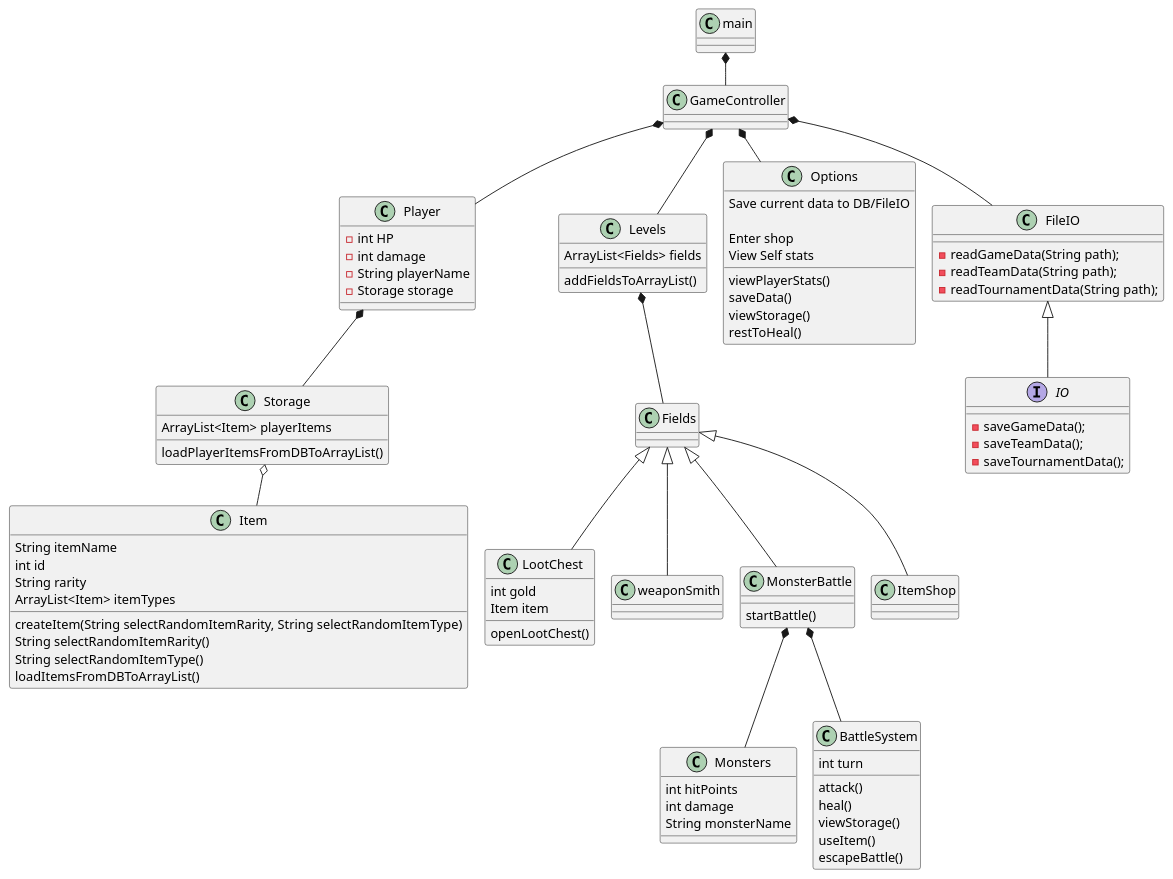
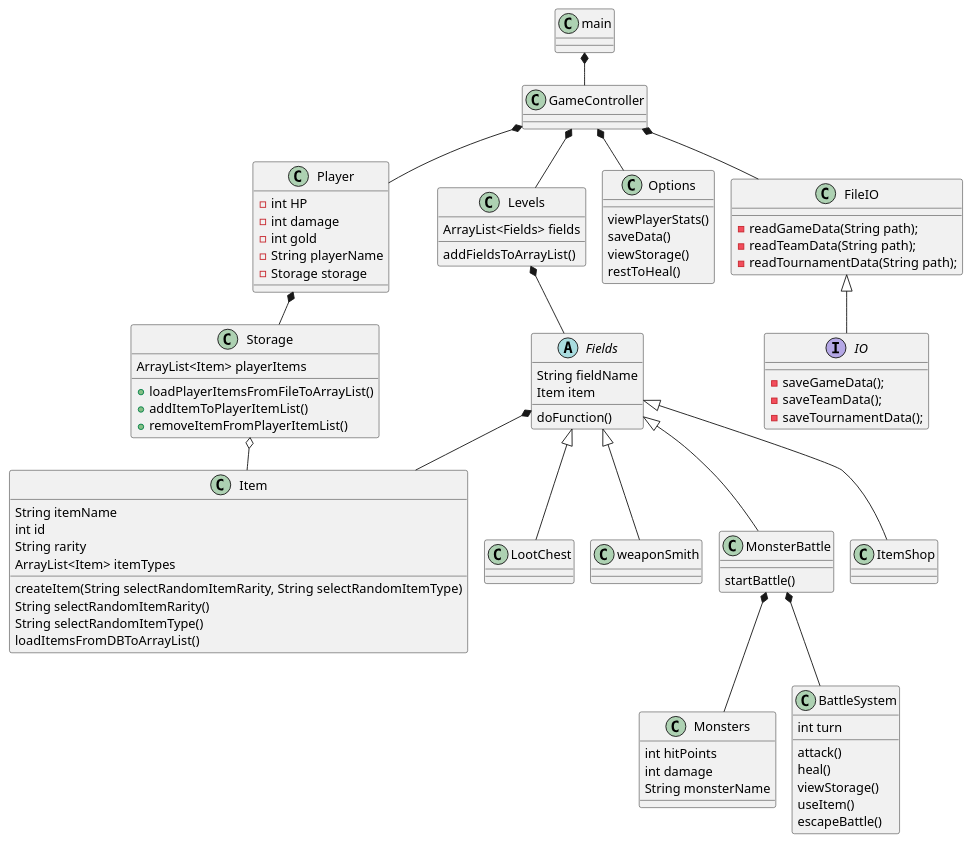
The diagram in src/resources/uml-diagrams/Class-Diagram.puml (AbdullahMarwan/CPH-IceProject-DungeonCrawler), drawn with PlantUML before and after one commit.

Commit message:
Class Diagram Additions

```diff
--- a/src/resources/uml-diagrams/Class-Diagram.puml
+++ b/src/resources/uml-diagrams/Class-Diagram.puml
@@ -1,129 +1,128 @@
 @startuml
 'https://plantuml.com/class-diagram
 
 !pragma layout smetana
 
 
 
 
 class main {
 }
 
 class Player {
 - int HP
 - int damage
+- int gold
 - String playerName
 - Storage storage
 }
 
 class Monsters {
 int hitPoints
 int damage
 String monsterName
 }
 
 class BattleSystem {
 int turn
 
 attack()
 heal()
 viewStorage()
 useItem()
 escapeBattle()
 }
 
 class GameController{
 
 }
 
 class Storage {
 ArrayList<Item> playerItems
 
-loadPlayerItemsFromDBToArrayList()
++ loadPlayerItemsFromFileToArrayList()
++ addItemToPlayerItemList()
++ removeItemFromPlayerItemList()
 }
 
 class Levels {
 ArrayList<Fields> fields
 
 addFieldsToArrayList()
 }
 
 class Item {
 String itemName
 int id
 String rarity
 ArrayList<Item> itemTypes
 
 createItem(String selectRandomItemRarity, String selectRandomItemType)
 String selectRandomItemRarity()
 String selectRandomItemType()
 loadItemsFromDBToArrayList()
 }
 
 class LootChest {
-int gold
+}
+
+abstract class Fields {
+String fieldName
 Item item
 
-openLootChest()
-}
-
-class Fields {
-
+doFunction()
 }
 
 class weaponSmith{
 }
 
 class MonsterBattle {
 
 startBattle()
 }
 
 class ItemShop {
 }
 
 class Options {
-
-Save current data to DB/FileIO
-
-Enter shop
-View Self stats
 
 viewPlayerStats()
 saveData()
 viewStorage()
 restToHeal()
 }
 
 interface IO {
     - saveGameData();
     - saveTeamData();
     - saveTournamentData();
 
 }
 
 class FileIO {
     - readGameData(String path);
     - readTeamData(String path);
     - readTournamentData(String path);
 }
 
 main *-- GameController
 GameController *-- Player
 GameController *-- Levels
 GameController *-- Options
 Player *-- Storage
 Storage o-- Item
 Levels *-- Fields
 Fields <|-- ItemShop
 Fields <|-- LootChest
 Fields <|-- weaponSmith
 Fields <|-- MonsterBattle
 GameController *-- FileIO
 MonsterBattle *-- Monsters
 MonsterBattle *-- BattleSystem
 
 FileIO <|-- IO
 'Spørg om pilen fra IO vender rigtigt'
 
+Fields *-- Item
+
 @enduml
```
